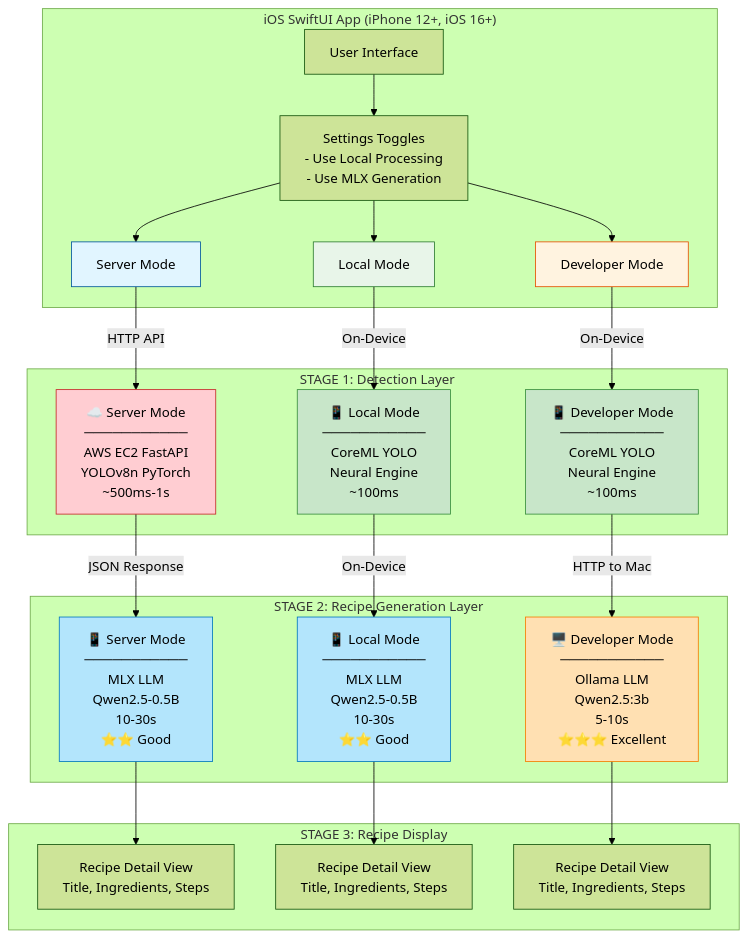
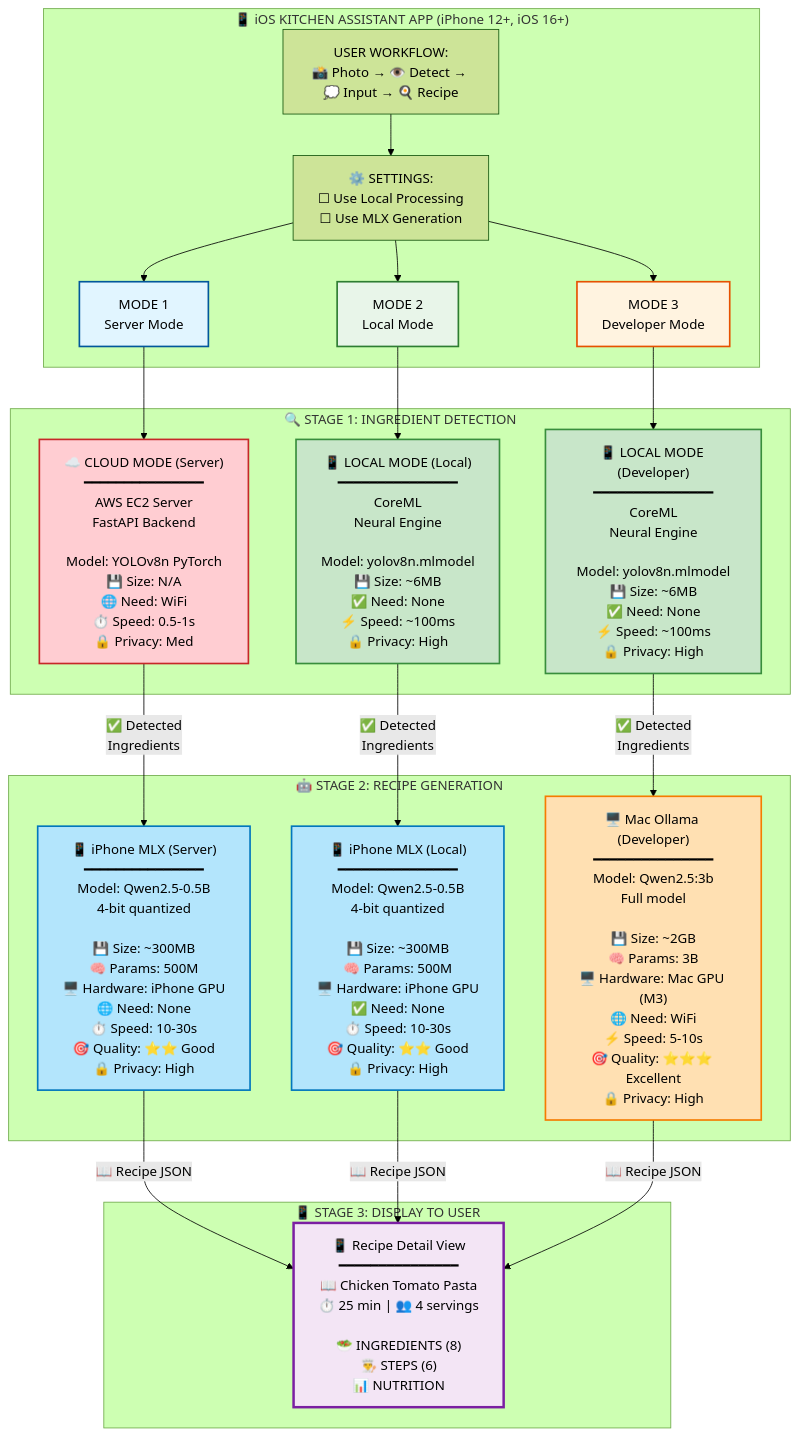
The first of 6 diagrams in architecture-mermaid.md (Jessi0803/kitchen_assistant), drawn with Mermaid (forest theme) before and after one commit.

Commit message:
docs: align Mermaid diagram structure with ARCHITECTURE_DIAGRAM.md
- Match the 3-stage layout (Detection → Recipe Generation → Display)
- Add detailed metrics in each node matching ASCII diagram
- Include all information: Size, Speed, Quality, Privacy, Hardware
- Use same emoji icons and formatting
- Add 💭 User Input flow between Stage 1 and Stage 2
- Create unified Display stage for all three modes
- Improve visual consistency across documentation formats

````diff
--- a/architecture-mermaid.md
+++ b/architecture-mermaid.md
@@ -7,55 +7,59 @@
 ```mermaid
 graph TB
-    subgraph iOS["iOS SwiftUI App (iPhone 12+, iOS 16+)"]
-        UI[User Interface]
-        Settings[Settings Toggles<br/>- Use Local Processing<br/>- Use MLX Generation]
+    subgraph iOS["📱 iOS KITCHEN ASSISTANT APP (iPhone 12+, iOS 16+)"]
+        Workflow["USER WORKFLOW:<br/>📸 Photo → 👁️ Detect → 💭 Input → 🍳 Recipe"]
+        Settings["⚙️ SETTINGS:<br/>☐ Use Local Processing<br/>☐ Use MLX Generation"]
         
-        UI --> Settings
+        Workflow --> Settings
         
-        Settings --> ServerMode[Server Mode]
-        Settings --> LocalMode[Local Mode]
-        Settings --> DevMode[Developer Mode]
+        Settings --> Mode1[MODE 1<br/>Server Mode]
+        Settings --> Mode2[MODE 2<br/>Local Mode]
+        Settings --> Mode3[MODE 3<br/>Developer Mode]
     end
     
-    subgraph Detection["STAGE 1: Detection Layer"]
-        AWS["☁️ Server Mode<br/>───────────<br/>AWS EC2 FastAPI<br/>YOLOv8n PyTorch<br/>~500ms-1s"]
-        CoreML1["📱 Local Mode<br/>───────────<br/>CoreML YOLO<br/>Neural Engine<br/>~100ms"]
-        CoreML2["📱 Developer Mode<br/>───────────<br/>CoreML YOLO<br/>Neural Engine<br/>~100ms"]
+    subgraph Stage1["🔍 STAGE 1: INGREDIENT DETECTION"]
+        ServerDetect["☁️ CLOUD MODE (Server)<br/>━━━━━━━━━━━━━━━<br/>AWS EC2 Server<br/>FastAPI Backend<br/><br/>Model: YOLOv8n PyTorch<br/>💾 Size: N/A<br/>🌐 Need: WiFi<br/>⏱️ Speed: 0.5-1s<br/>🔒 Privacy: Med"]
+        
+        LocalDetect["📱 LOCAL MODE (Local)<br/>━━━━━━━━━━━━━━━<br/>CoreML<br/>Neural Engine<br/><br/>Model: yolov8n.mlmodel<br/>💾 Size: ~6MB<br/>✅ Need: None<br/>⚡ Speed: ~100ms<br/>🔒 Privacy: High"]
+        
+        DevDetect["📱 LOCAL MODE (Developer)<br/>━━━━━━━━━━━━━━━<br/>CoreML<br/>Neural Engine<br/><br/>Model: yolov8n.mlmodel<br/>💾 Size: ~6MB<br/>✅ Need: None<br/>⚡ Speed: ~100ms<br/>🔒 Privacy: High"]
     end
     
-    subgraph Recipe["STAGE 2: Recipe Generation Layer"]
-        MLX1["📱 Server Mode<br/>───────────<br/>MLX LLM<br/>Qwen2.5-0.5B<br/>10-30s<br/>⭐⭐ Good"]
-        MLX2["📱 Local Mode<br/>───────────<br/>MLX LLM<br/>Qwen2.5-0.5B<br/>10-30s<br/>⭐⭐ Good"]
-        Ollama["🖥️ Developer Mode<br/>───────────<br/>Ollama LLM<br/>Qwen2.5:3b<br/>5-10s<br/>⭐⭐⭐ Excellent"]
+    subgraph Stage2["🤖 STAGE 2: RECIPE GENERATION"]
+        ServerRecipe["📱 iPhone MLX (Server)<br/>━━━━━━━━━━━━━━━<br/>Model: Qwen2.5-0.5B<br/>4-bit quantized<br/><br/>💾 Size: ~300MB<br/>🧠 Params: 500M<br/>🖥️ Hardware: iPhone GPU<br/>🌐 Need: None<br/>⏱️ Speed: 10-30s<br/>🎯 Quality: ⭐⭐ Good<br/>🔒 Privacy: High"]
+        
+        LocalRecipe["📱 iPhone MLX (Local)<br/>━━━━━━━━━━━━━━━<br/>Model: Qwen2.5-0.5B<br/>4-bit quantized<br/><br/>💾 Size: ~300MB<br/>🧠 Params: 500M<br/>🖥️ Hardware: iPhone GPU<br/>✅ Need: None<br/>⏱️ Speed: 10-30s<br/>🎯 Quality: ⭐⭐ Good<br/>🔒 Privacy: High"]
+        
+        DevRecipe["🖥️ Mac Ollama (Developer)<br/>━━━━━━━━━━━━━━━<br/>Model: Qwen2.5:3b<br/>Full model<br/><br/>💾 Size: ~2GB<br/>🧠 Params: 3B<br/>🖥️ Hardware: Mac GPU (M3)<br/>🌐 Need: WiFi<br/>⚡ Speed: 5-10s<br/>🎯 Quality: ⭐⭐⭐ Excellent<br/>🔒 Privacy: High"]
     end
     
-    subgraph Result["STAGE 3: Recipe Display"]
-        Recipe1[Recipe Detail View<br/>Title, Ingredients, Steps]
-        Recipe2[Recipe Detail View<br/>Title, Ingredients, Steps]
-        Recipe3[Recipe Detail View<br/>Title, Ingredients, Steps]
+    subgraph Stage3["📱 STAGE 3: DISPLAY TO USER"]
+        Display["📱 Recipe Detail View<br/>━━━━━━━━━━━━━━━<br/>📖 Chicken Tomato Pasta<br/>⏱️ 25 min | 👥 4 servings<br/><br/>🥗 INGREDIENTS (8)<br/>👨‍🍳 STEPS (6)<br/>📊 NUTRITION"]
     end
     
-    ServerMode -->|HTTP API| AWS
-    LocalMode -->|On-Device| CoreML1
-    DevMode -->|On-Device| CoreML2
+    Mode1 --> ServerDetect
+    Mode2 --> LocalDetect
+    Mode3 --> DevDetect
     
-    AWS -->|JSON Response| MLX1
-    CoreML1 -->|On-Device| MLX2
-    CoreML2 -->|HTTP to Mac| Ollama
+    ServerDetect -->|✅ Detected<br/>Ingredients| ServerRecipe
+    LocalDetect -->|✅ Detected<br/>Ingredients| LocalRecipe
+    DevDetect -->|✅ Detected<br/>Ingredients| DevRecipe
     
-    MLX1 --> Recipe1
-    MLX2 --> Recipe2
-    Ollama --> Recipe3
+    ServerRecipe -->|📖 Recipe JSON| Display
+    LocalRecipe -->|📖 Recipe JSON| Display
+    DevRecipe -->|📖 Recipe JSON| Display
     
-    style ServerMode fill:#e1f5ff,stroke:#01579b
-    style LocalMode fill:#e8f5e9,stroke:#2e7d32
-    style DevMode fill:#fff3e0,stroke:#e65100
+    style Mode1 fill:#e1f5ff,stroke:#01579b,stroke-width:2px
+    style Mode2 fill:#e8f5e9,stroke:#2e7d32,stroke-width:2px
+    style Mode3 fill:#fff3e0,stroke:#e65100,stroke-width:2px
     
-    style AWS fill:#ffcdd2,stroke:#c62828
-    style CoreML1 fill:#c8e6c9,stroke:#388e3c
-    style CoreML2 fill:#c8e6c9,stroke:#388e3c
+    style ServerDetect fill:#ffcdd2,stroke:#c62828,stroke-width:2px
+    style LocalDetect fill:#c8e6c9,stroke:#388e3c,stroke-width:2px
+    style DevDetect fill:#c8e6c9,stroke:#388e3c,stroke-width:2px
     
-    style MLX1 fill:#b3e5fc,stroke:#0277bd
-    style MLX2 fill:#b3e5fc,stroke:#0277bd
-    style Ollama fill:#ffe0b2,stroke:#f57c00
+    style ServerRecipe fill:#b3e5fc,stroke:#0277bd,stroke-width:2px
+    style LocalRecipe fill:#b3e5fc,stroke:#0277bd,stroke-width:2px
+    style DevRecipe fill:#ffe0b2,stroke:#f57c00,stroke-width:2px
+    
+    style Display fill:#f3e5f5,stroke:#7b1fa2,stroke-width:3px
 ```
````
